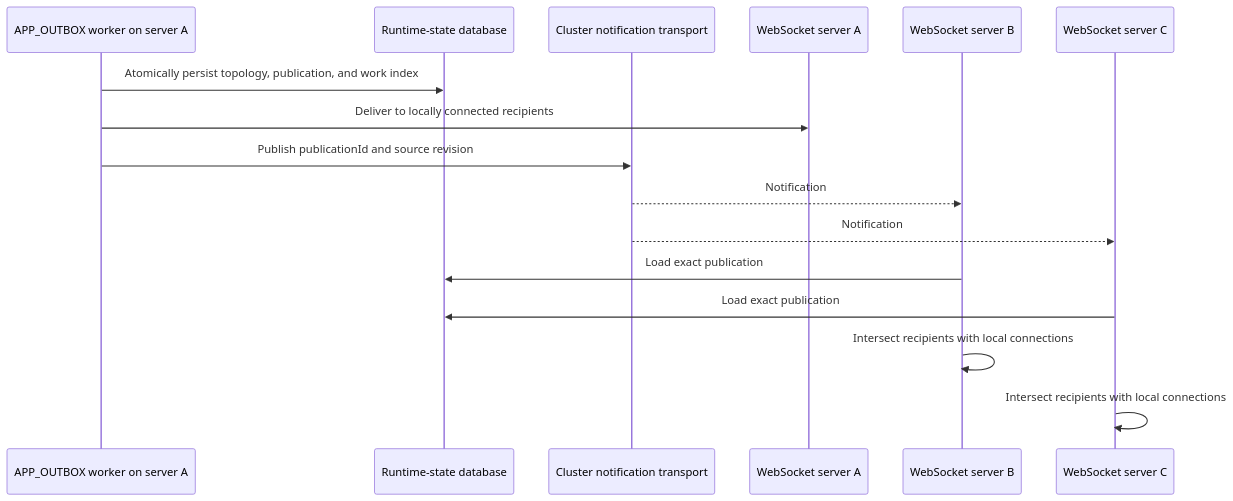
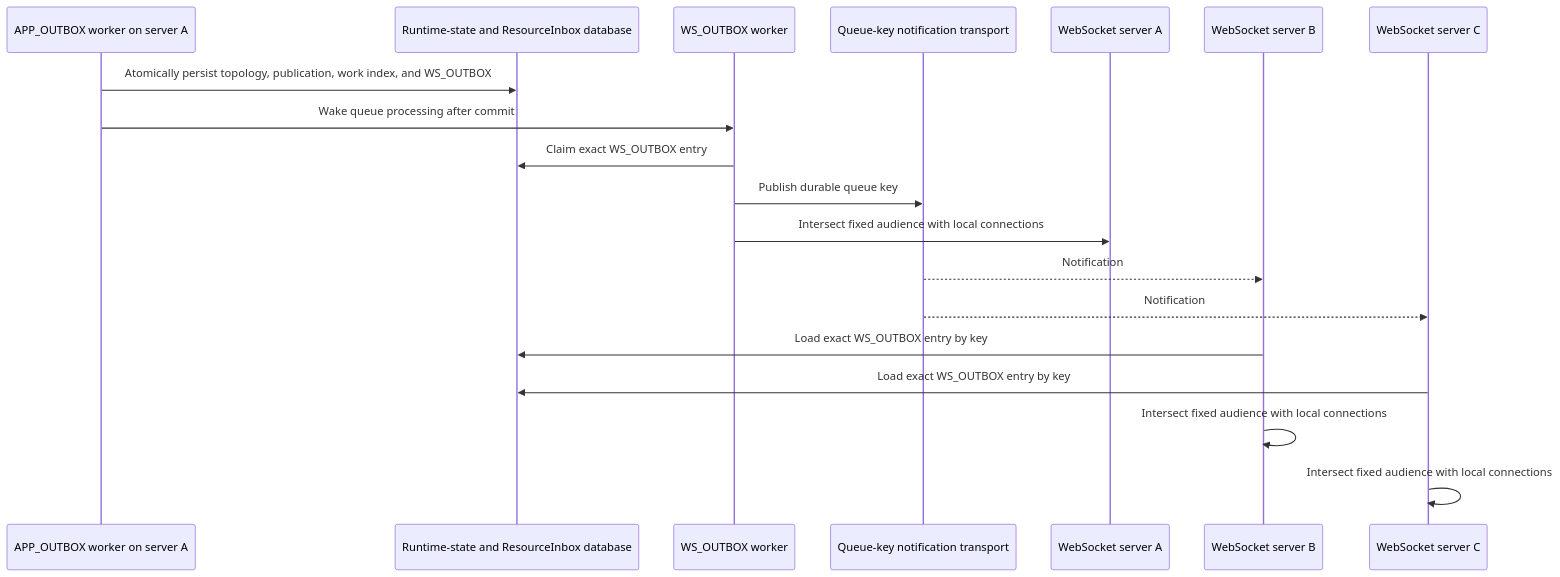
The second of 2 diagrams in docs/rallar-convergent-state-and-rtc-topology.md (intact-software-systems/ar-eye-hunter), drawn with Mermaid before and after one commit. The commit also changed other lines of this file and 11 other files, not shown here.

Commit message:
fix: preserve topology publication audiences

````diff
--- a/docs/rallar-convergent-state-and-rtc-topology.md
+++ b/docs/rallar-convergent-state-and-rtc-topology.md
@@ -361,19 +364,22 @@
 ```mermaid
 sequenceDiagram
     participant W as APP_OUTBOX worker on server A
-    participant DB as Runtime-state database
-    participant PG as Cluster notification transport
+    participant DB as Runtime-state and ResourceInbox database
+    participant Q as WS_OUTBOX worker
+    participant PG as Queue-key notification transport
     participant A as WebSocket server A
     participant B as WebSocket server B
     participant C as WebSocket server C
 
-    W->>DB: Atomically persist topology, publication, and work index
-    W->>A: Deliver to locally connected recipients
-    W->>PG: Publish publicationId and source revision
+    W->>DB: Atomically persist topology, publication, work index, and WS_OUTBOX
+    W->>Q: Wake queue processing after commit
+    Q->>DB: Claim exact WS_OUTBOX entry
+    Q->>PG: Publish durable queue key
+    Q->>A: Intersect fixed audience with local connections
     PG-->>B: Notification
     PG-->>C: Notification
-    B->>DB: Load exact publication
-    C->>DB: Load exact publication
-    B->>B: Intersect recipients with local connections
-    C->>C: Intersect recipients with local connections
+    B->>DB: Load exact WS_OUTBOX entry by key
+    C->>DB: Load exact WS_OUTBOX entry by key
+    B->>B: Intersect fixed audience with local connections
+    C->>C: Intersect fixed audience with local connections
 ```
````
